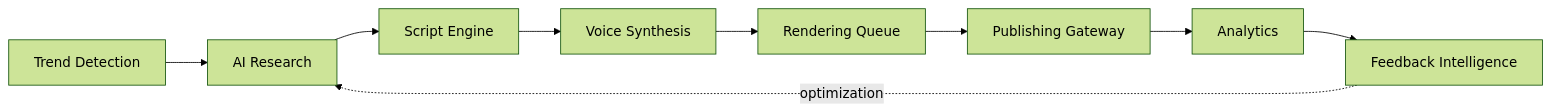
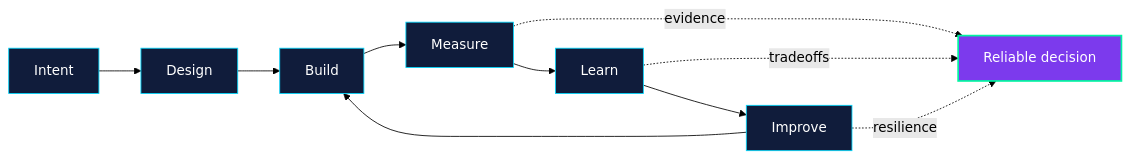
One commit to HrshJha/HrshJha changed the second of 2 diagrams in README.md. Above: the diagram before and after it, drawn with Mermaid (forest theme). The commit also changed other lines of this file, not shown here.

````diff
--- a/README.md
+++ b/README.md
@@ -218,11 +199,13 @@
 ```mermaid
 flowchart LR
-  T["Trend Detection"] --> R["AI Research"]
-  R --> S["Script Engine"]
-  S --> V["Voice Synthesis"]
-  V --> X["Rendering Queue"]
-  X --> P["Publishing Gateway"]
-  P --> A["Analytics"]
-  A --> F["Feedback Intelligence"]
-  F -. optimization .-> R
+  A["Intent"] --> B["Design"] --> C["Build"] --> D["Measure"]
+  D --> E["Learn"] --> F["Improve"] --> C
+  D -. evidence .-> G["Reliable decision"]
+  E -. tradeoffs .-> G
+  F -. resilience .-> G
+
+  classDef phase fill:#101C3B,stroke:#00D9FF,color:#FFFFFF;
+  classDef result fill:#7C3AED,stroke:#00F5A0,color:#FFFFFF,stroke-width:2px;
+  class A,B,C,D,E,F phase;
+  class G result;
 ```
````
